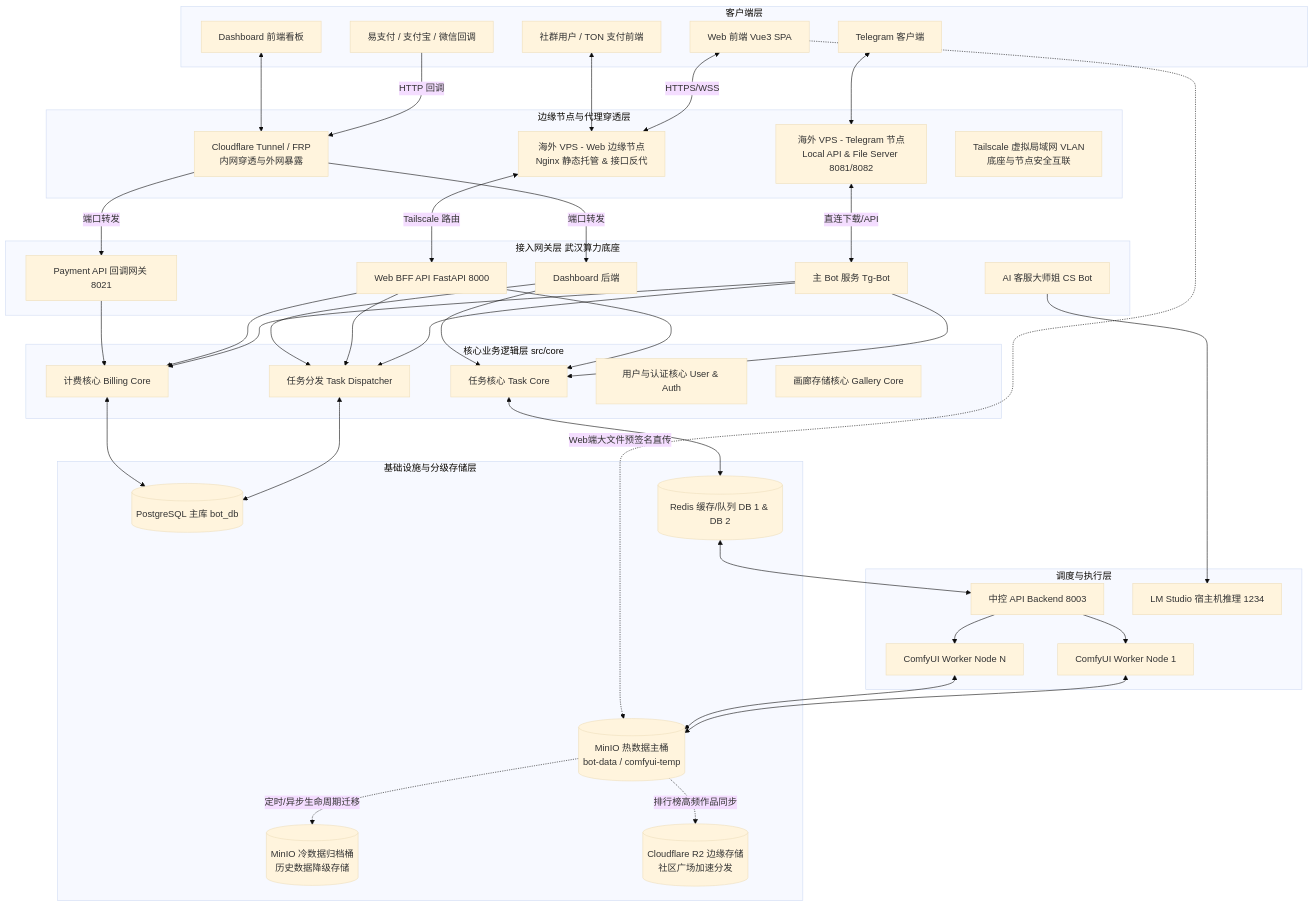
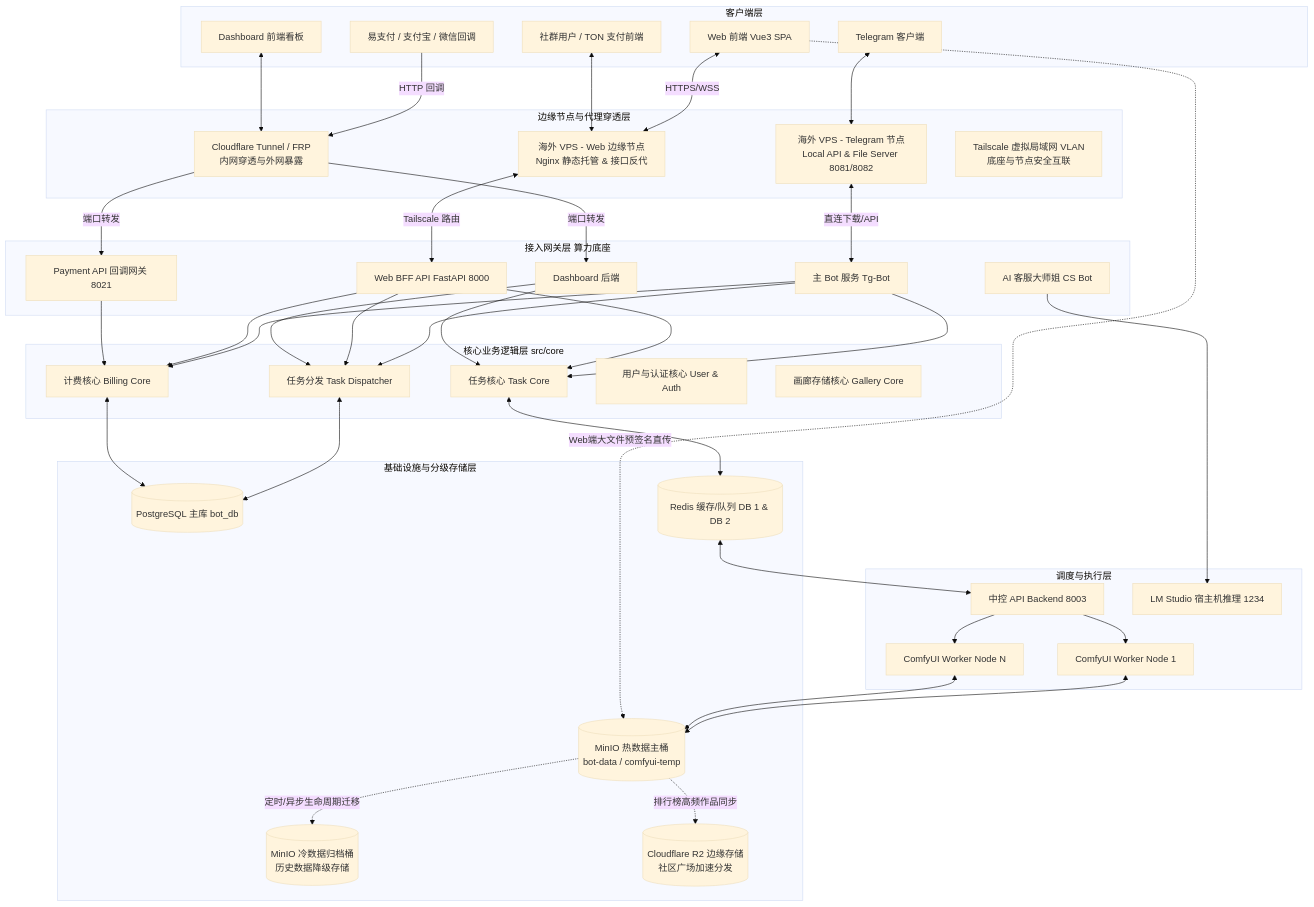
Before and after one commit to giraffu/All_bot: the first of 3 diagrams in docs/system_architecture_report.md, drawn with Mermaid (base theme). The commit also changed 46 other files, not shown here.

````diff
--- a/docs/system_architecture_report.md
+++ b/docs/system_architecture_report.md
@@ -18,80 +18,80 @@
 ```mermaid
 graph TD
     subgraph 客户端层
         A1[Telegram 客户端]
         A2[Web 前端 Vue3 SPA]
         A3[Dashboard 前端看板]
         A4[社群用户 / TON 支付前端]
         A5[易支付 / 支付宝 / 微信回调]
     end
 
     subgraph 边缘节点与代理穿透层
         V1[海外 VPS - Web 边缘节点<br>Nginx 静态托管 & 接口反代]
         V2[海外 VPS - Telegram 节点<br>Local API & File Server 8081/8082]
         T1[Cloudflare Tunnel / FRP<br>内网穿透与外网暴露]
         T2[Tailscale 虚拟局域网 VLAN<br>底座与节点安全互联]
     end
 
-    subgraph 接入网关层 武汉算力底座
+    subgraph 接入网关层 算力底座
         B1[主 Bot 服务 Tg-Bot]
         B2[Web BFF API FastAPI 8000]
         B3[Dashboard 后端]
         B4[Payment API 回调网关 8021]
         B5[AI 客服大师姐 CS Bot]
     end
 
     subgraph 核心业务逻辑层 src/core
         C1[任务核心 Task Core]
         C2[任务分发 Task Dispatcher]
         C3[计费核心 Billing Core]
         C4[用户与认证核心 User & Auth]
         C5[画廊存储核心 Gallery Core]
     end
 
     subgraph 调度与执行层
         D1[中控 API Backend 8003]
         D2[ComfyUI Worker Node 1]
         D3[ComfyUI Worker Node N]
         D4[LM Studio 宿主机推理 1234]
     end
 
     subgraph 基础设施与分级存储层
         E1[(PostgreSQL 主库 bot_db)]
         E2[(Redis 缓存/队列 DB 1 & DB 2)]
         E3[(MinIO 热数据主桶<br>bot-data / comfyui-temp)]
         E4[(MinIO 冷数据归档桶<br>历史数据降级存储)]
         E5[(Cloudflare R2 边缘存储<br>社区广场加速分发)]
     end
 
     %% 客户端到边缘层连接
     A1 <--> V2
     A2 <-->|HTTPS/WSS| V1
     A4 <--> V1
     A5 -->|HTTP 回调| T1
     A3 <--> T1
 
     %% 边缘层到底座网关连接 (通过 VLAN / FRP)
     V1 <-->|Tailscale 路由| B2
     V2 <-->|直连下载/API| B1
     T1 -->|端口转发| B4 & B3
 
     %% 网关层到核心业务层
     B1 --> C1 & C2 & C3
     B2 --> C1 & C2 & C3
     B3 --> C1 & C2
     B4 --> C3
     B5 --> D4
     
     %% 核心业务到基础设施
     C1 <--> E2
     C2 <--> E1
     C3 <--> E1
     
     %% 调度执行与存储流转
     E2 <--> D1
     D1 --> D2 & D3
     D2 & D3 <--> E3
     E3 -.->|定时/异步生命周期迁移| E4
     E3 -.->|排行榜高频作品同步| E5
     A2 -.->|Web端大文件预签名直传| E3
 ```
````
